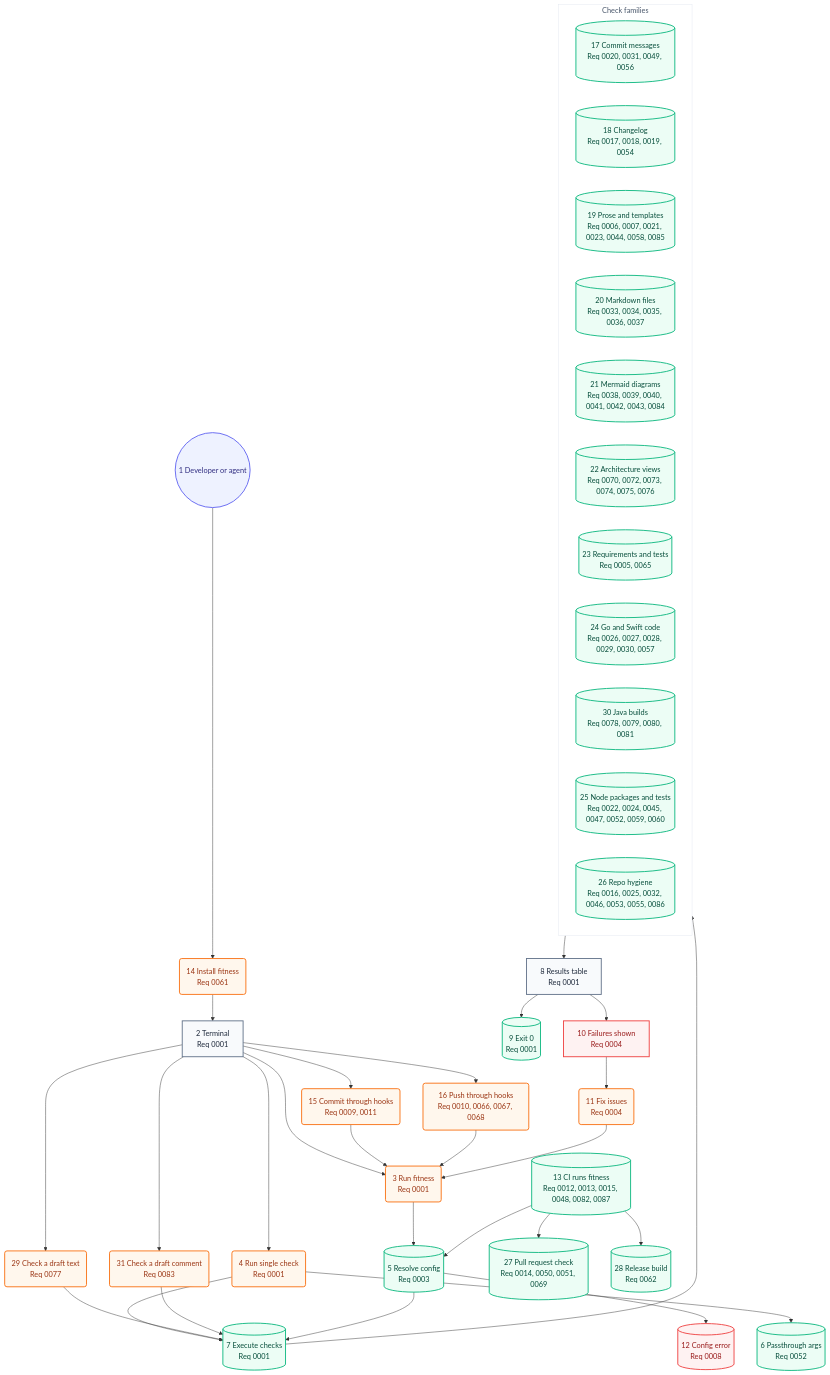
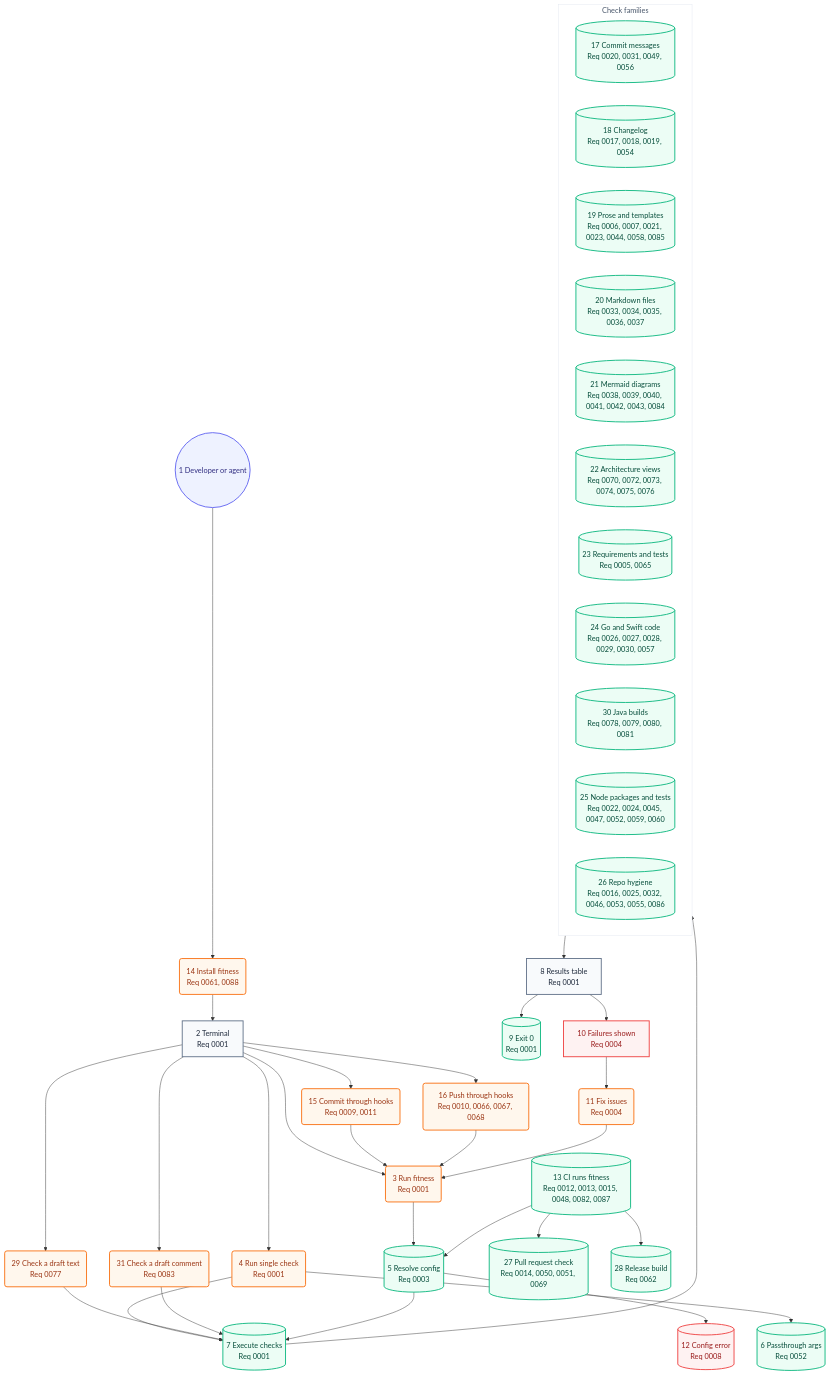
The second of 2 diagrams in docs/architecture/05-user-journey.md (may-journal/fitness-runner), drawn with Mermaid before and after one commit. The commit also changed 7 other files, not shown here.

````diff
--- a/docs/architecture/05-user-journey.md
+++ b/docs/architecture/05-user-journey.md
@@ -40,73 +40,73 @@
 ```mermaid
 flowchart TB
     dev((1 Developer or agent)):::persona
-    install(14 Install fitness<br/>Req 0061):::action
+    install(14 Install fitness<br/>Req 0061, 0088):::action
     terminal[2 Terminal<br/>Req 0001]:::screen
     runFull(3 Run fitness<br/>Req 0001):::action
     runSingle(4 Run single check<br/>Req 0001):::action
     runBlob(29 Check a draft text<br/>Req 0077):::action
     runComment(31 Check a draft comment<br/>Req 0083):::action
     commitHook(15 Commit through hooks<br/>Req 0009, 0011):::action
     pushHook(16 Push through hooks<br/>Req 0010, 0066, 0067, 0068):::action
     resolveConfig[(5 Resolve config<br/>Req 0003)]:::system
     passArgs[(6 Passthrough args<br/>Req 0052)]:::system
     executeChecks[(7 Execute checks<br/>Req 0001)]:::system
 
     subgraph checks["Check families"]
         commitChecks[(17 Commit messages<br/>Req 0020, 0031, 0049, 0056)]:::system
         changelogChecks[(18 Changelog<br/>Req 0017, 0018, 0019, 0054)]:::system
         proseChecks[(19 Prose and templates<br/>Req 0006, 0007, 0021, 0023, 0044, 0058, 0085)]:::system
         markdownChecks[(20 Markdown files<br/>Req 0033, 0034, 0035, 0036, 0037)]:::system
         mermaidChecks[(21 Mermaid diagrams<br/>Req 0038, 0039, 0040, 0041, 0042, 0043, 0084)]:::system
         architectureChecks[(22 Architecture views<br/>Req 0070, 0072, 0073, 0074, 0075, 0076)]:::system
         requirementChecks[(23 Requirements and tests<br/>Req 0005, 0065)]:::system
         goSwiftChecks[(24 Go and Swift code<br/>Req 0026, 0027, 0028, 0029, 0030, 0057)]:::system
         javaChecks[(30 Java builds<br/>Req 0078, 0079, 0080, 0081)]:::system
         nodeChecks[(25 Node packages and tests<br/>Req 0022, 0024, 0045, 0047, 0052, 0059, 0060)]:::system
         repoChecks[(26 Repo hygiene<br/>Req 0016, 0025, 0032, 0046, 0053, 0055, 0086)]:::system
     end
 
     resultsTable[8 Results table<br/>Req 0001]:::screen
     exitZero[(9 Exit 0<br/>Req 0001)]:::system
     failuresShown[10 Failures shown<br/>Req 0004]:::blocked
     fixIssues(11 Fix issues<br/>Req 0004):::action
     configError[(12 Config error<br/>Req 0008)]:::blocked
     ciRun[(13 CI runs fitness<br/>Req 0012, 0013, 0015, 0048, 0082, 0087)]:::system
     prCheck[(27 Pull request check<br/>Req 0014, 0050, 0051, 0069)]:::system
     release[(28 Release build<br/>Req 0062)]:::system
 
     dev --> install
     install --> terminal
     terminal --> runFull
     terminal --> runSingle
     terminal --> commitHook
     terminal --> pushHook
     terminal --> runBlob
     terminal --> runComment
     commitHook --> runFull
     pushHook --> runFull
     runFull --> resolveConfig
     runSingle --> executeChecks
     runSingle --> passArgs
     runBlob --> executeChecks
     runComment --> executeChecks
     resolveConfig --> executeChecks
     resolveConfig --> configError
     executeChecks --> checks
     checks --> resultsTable
     resultsTable --> exitZero
     resultsTable --> failuresShown
     failuresShown --> fixIssues
     fixIssues --> runFull
     ciRun --> resolveConfig
     ciRun --> prCheck
     ciRun --> release
 
     classDef persona fill:#eef2ff,stroke:#6366f1,color:#312e81,stroke-width:2px
     classDef screen fill:#f8fafc,stroke:#64748b,color:#1e293b,stroke-width:2px
     classDef action fill:#fff7ed,stroke:#f97316,color:#9a3412,stroke-width:2px
     classDef system fill:#ecfdf5,stroke:#10b981,color:#064e3b,stroke-width:2px
     classDef blocked fill:#fef2f2,stroke:#ef4444,color:#991b1b,stroke-width:2px
 
     style checks fill:#ffffff,stroke:#e2e8f0,color:#475569,stroke-width:1px
 ```
````
